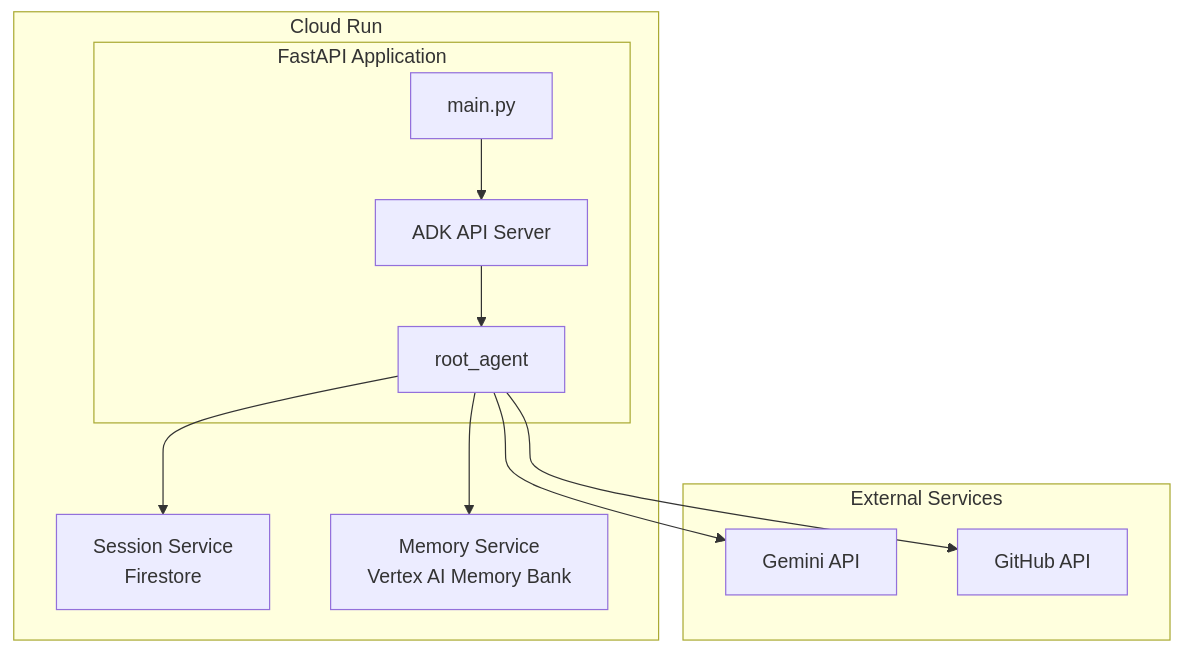
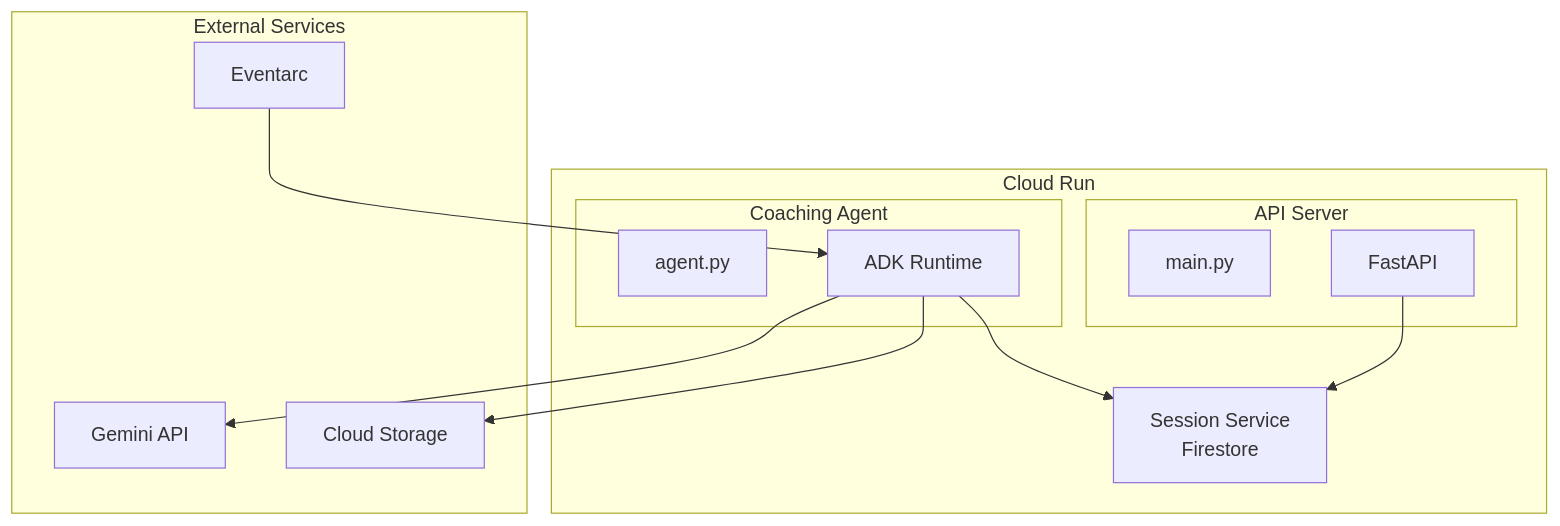
Before and after one commit to nuance-sudo/drawing-practice-agent-gch4: the second of 3 diagrams in docs/architecture.md, drawn with Mermaid. The commit also changed other lines of this file and 13 other files, not shown here.

````diff
--- a/docs/architecture.md
+++ b/docs/architecture.md
@@ -179,24 +171,26 @@
 ```mermaid
 flowchart TB
     subgraph CloudRun["Cloud Run"]
-        subgraph App["FastAPI Application"]
+        subgraph APIServer["API Server"]
             A[main.py]
-            B[ADK API Server]
-            C[root_agent]
+            B[FastAPI]
         end
-        D[Session Service\nFirestore]
-        E[Memory Service\nVertex AI Memory Bank]
+        subgraph Agent["Coaching Agent"]
+            C[agent.py]
+            D[ADK Runtime]
+        end
+        E[Session Service<br/>Firestore]
     end
     
     subgraph External["External Services"]
         F[Gemini API]
-        G[GitHub API]
+        G[Cloud Storage]
+        H[Eventarc]
     end
     
-    A --> B
-    B --> C
-    C --> D
-    C --> E
-    C --> F
-    C --> G
+    B --> E
+    D --> E
+    D --> F
+    D --> G
+    H --> D
 ```
````
